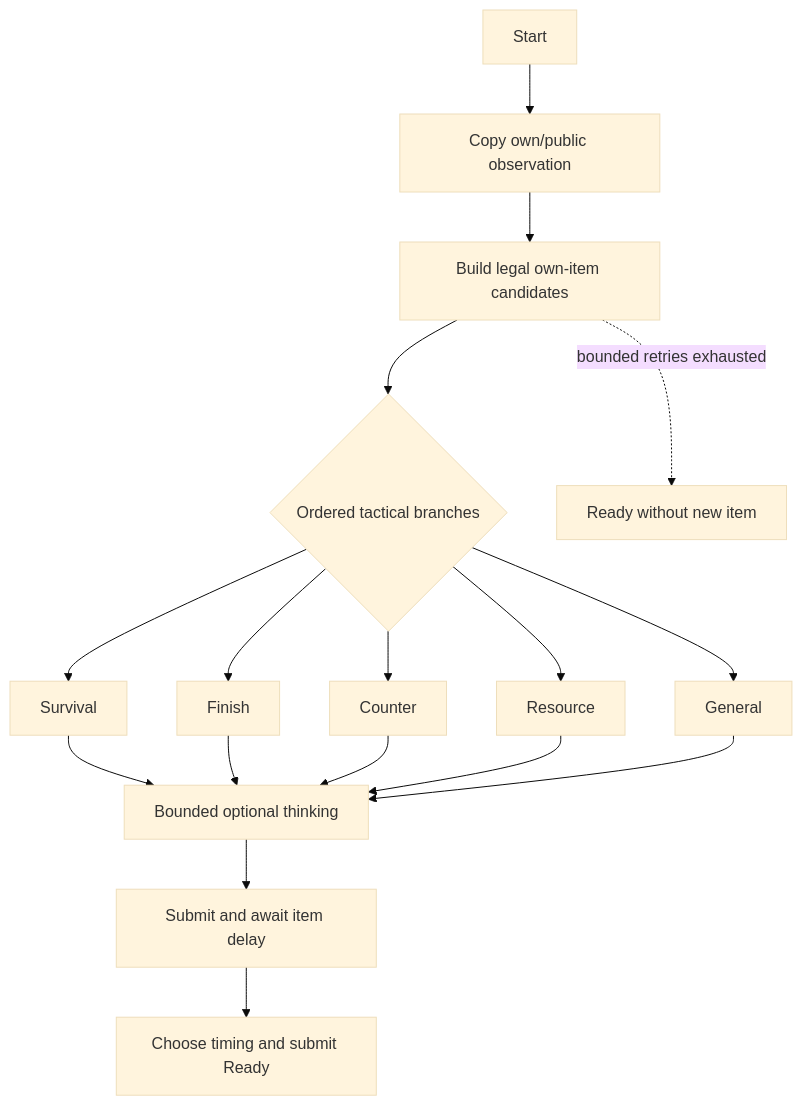
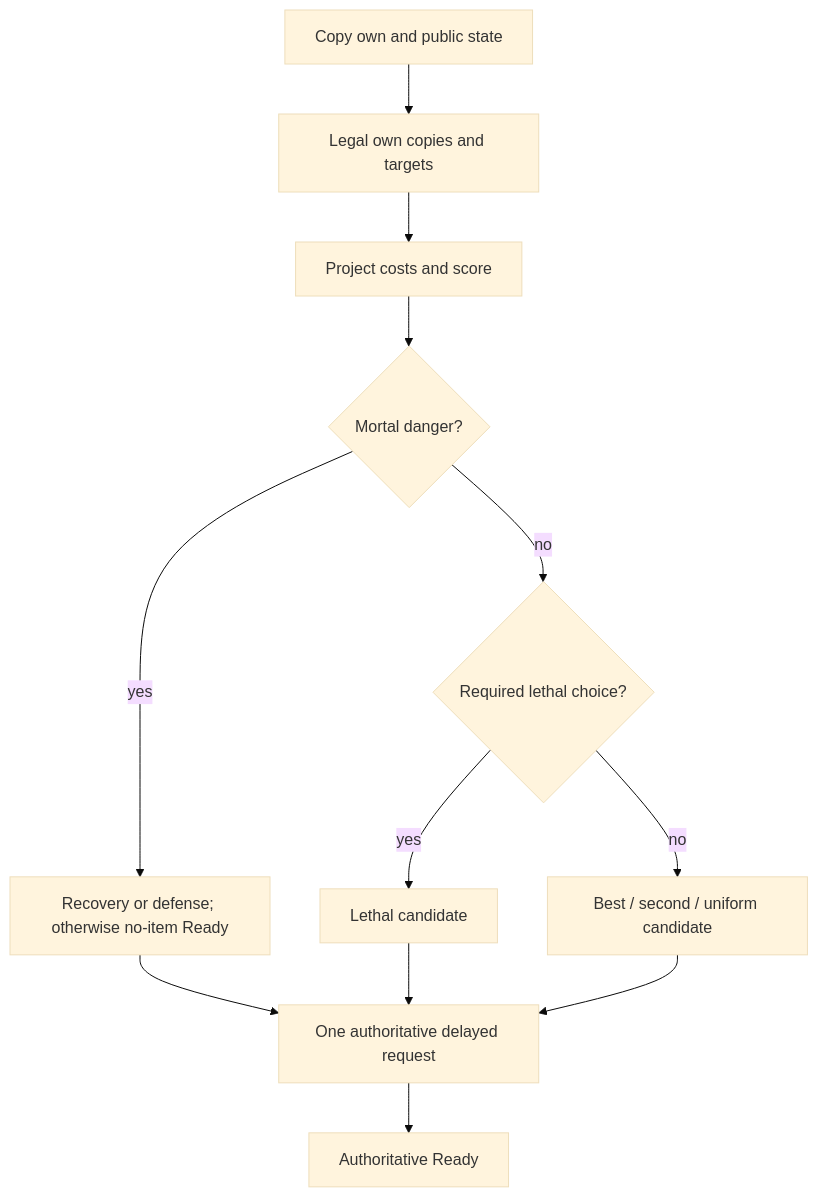
Before and after one commit to paek678/Absolute-Zero: the diagram in Docs/SOLO_BOT_SETUP.md, drawn with Mermaid (base theme). The commit also changed other lines of this file and 157 other files, not shown here.

````diff
--- a/Docs/SOLO_BOT_SETUP.md
+++ b/Docs/SOLO_BOT_SETUP.md
@@ -37,15 +34,12 @@
 ```mermaid
 flowchart TD
-  Start --> Observe[Copy own/public observation]
-  Observe --> Legal[Build legal own-item candidates]
-  Legal --> Tactics{Ordered tactical branches}
-  Tactics --> Survival
-  Tactics --> Finish
-  Tactics --> Counter
-  Tactics --> Resource
-  Tactics --> General
-  Survival & Finish & Counter & Resource & General --> Think[Bounded optional thinking]
-  Think --> Use[Submit and await item delay]
-  Use --> Ready[Choose timing and submit Ready]
-  Legal -. bounded retries exhausted .-> Fallback[Ready without new item]
+    Observe[Copy own and public state] --> Legal[Legal own copies and targets]
+    Legal --> Score[Project costs and score]
+    Score --> Crisis{Mortal danger?}
+    Crisis -->|yes| Care[Recovery or defense; otherwise no-item Ready]
+    Crisis -->|no| Lethal{Required lethal choice?}
+    Lethal -->|yes| Finish[Lethal candidate]
+    Lethal -->|no| Odds[Best / second / uniform candidate]
+    Care & Finish & Odds --> Use[One authoritative delayed request]
+    Use --> Ready[Authoritative Ready]
 ```
````
